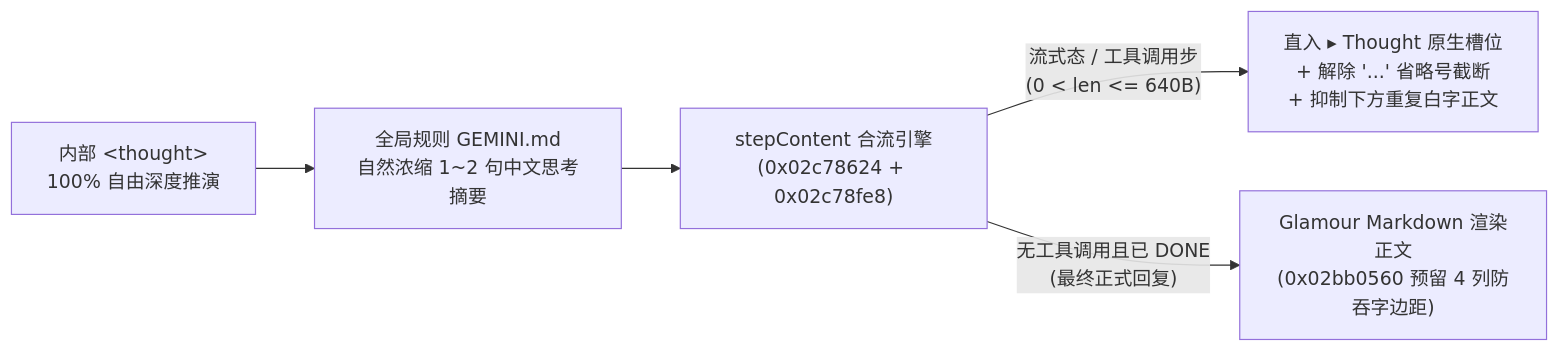
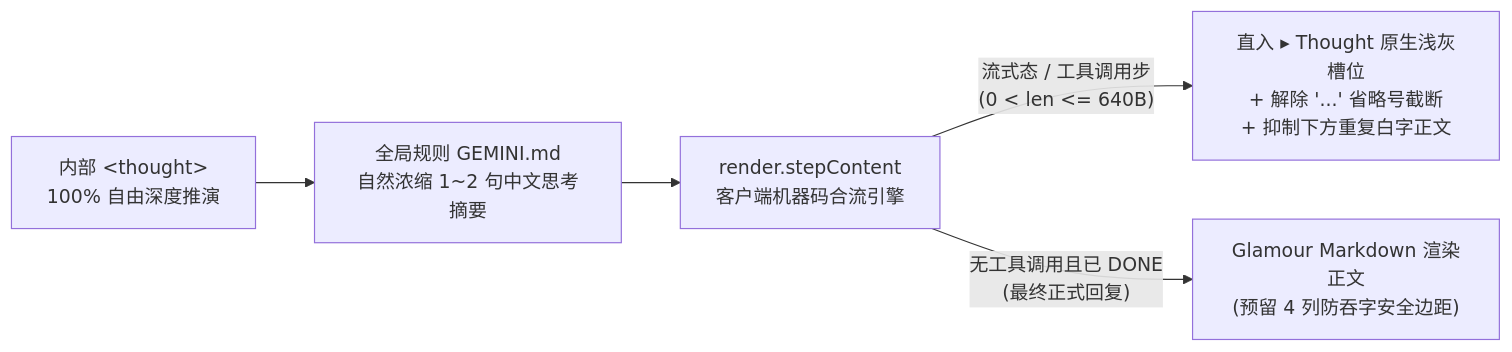
Before and after one commit to IdKomorebi/antigravity-chinese: the diagram in README.md, drawn with Mermaid. The commit also changed other lines of this file and 9 other files, not shown here.

````diff
--- a/README.md
+++ b/README.md
@@ -42,7 +37,7 @@
 ```mermaid
 flowchart LR
     A["内部 &lt;thought&gt;<br/>100% 自由深度推演"] --> B["全局规则 GEMINI.md<br/>自然浓缩 1~2 句中文思考摘要"]
-    B --> C["stepContent 合流引擎<br/>(0x02c78624 + 0x02c78fe8)"]
-    C -->|"流式态 / 工具调用步<br/>(0 &lt; len &lt;= 640B)"| D["直入 ▸ Thought 原生槽位<br/>+ 解除 '...' 省略号截断<br/>+ 抑制下方重复白字正文"]
-    C -->|"无工具调用且已 DONE<br/>(最终正式回复)"| E["Glamour Markdown 渲染正文<br/>(0x02bb0560 预留 4 列防吞字边距)"]
+    B --> C["render.stepContent<br/>客户端机器码合流引擎"]
+    C -->|"流式态 / 工具调用步<br/>(0 &lt; len &lt;= 640B)"| D["直入 ▸ Thought 原生浅灰槽位<br/>+ 解除 '...' 省略号截断<br/>+ 抑制下方重复白字正文"]
+    C -->|"无工具调用且已 DONE<br/>(最终正式回复)"| E["Glamour Markdown 渲染正文<br/>(预留 4 列防吞字安全边距)"]
 ```
````
